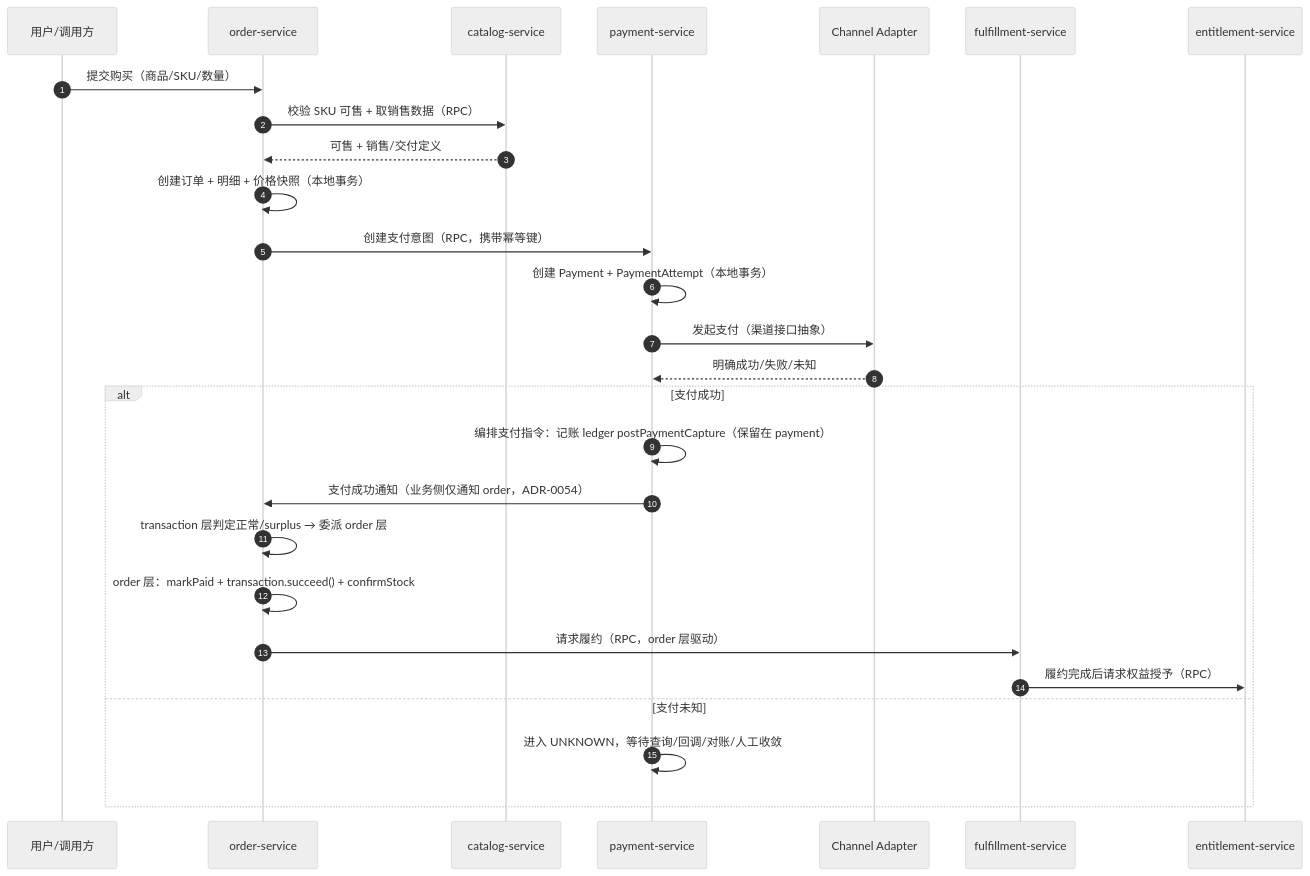
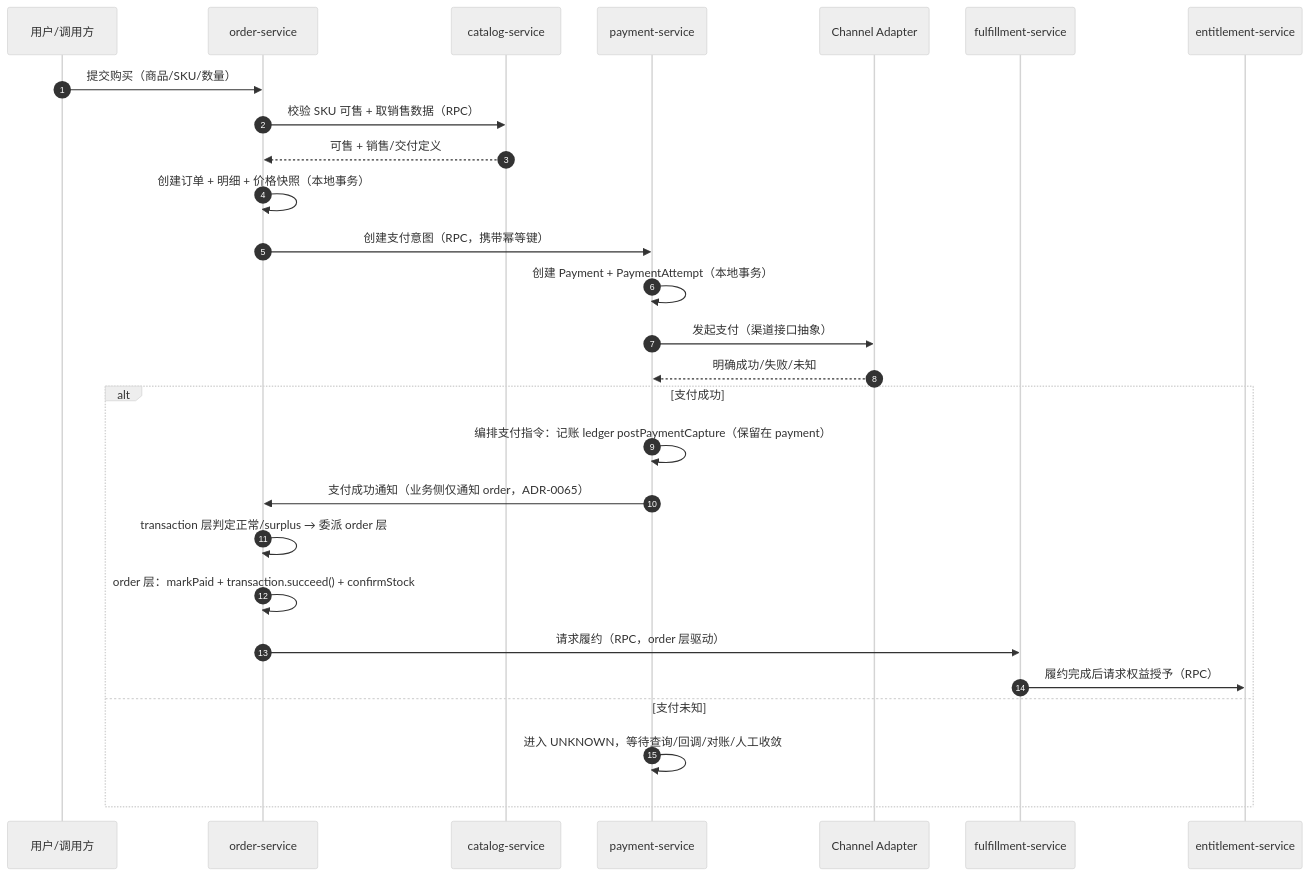
The first of 3 diagrams in docs/architecture/technical-solution.md (ckcky/Payment), drawn with Mermaid (neutral theme) before and after one commit. The commit also changed other lines of this file and 26 other files, not shown here.

First line of the commit message:
feat(observability): Grafana 增加服务间 RPC（Feign）面板 + 服务图例中文化

````diff
--- a/docs/architecture/technical-solution.md
+++ b/docs/architecture/technical-solution.md
@@ -232,30 +232,30 @@
 ```mermaid
 sequenceDiagram
     autonumber
     participant U as 用户/调用方
     participant O as order-service
     participant Cat as catalog-service
     participant P as payment-service
     participant Ch as Channel Adapter
     participant F as fulfillment-service
     participant E as entitlement-service
 
     U->>O: 提交购买（商品/SKU/数量）
     O->>Cat: 校验 SKU 可售 + 取销售数据（RPC）
     Cat-->>O: 可售 + 销售/交付定义
     O->>O: 创建订单 + 明细 + 价格快照（本地事务）
     O->>P: 创建支付意图（RPC，携带幂等键）
     P->>P: 创建 Payment + PaymentAttempt（本地事务）
     P->>Ch: 发起支付（渠道接口抽象）
     Ch-->>P: 明确成功/失败/未知
     alt 支付成功
         P->>P: 编排支付指令：记账 ledger postPaymentCapture（保留在 payment）
-        P->>O: 支付成功通知（业务侧仅通知 order，ADR-0054）
+        P->>O: 支付成功通知（业务侧仅通知 order，ADR-0065）
         O->>O: transaction 层判定正常/surplus → 委派 order 层
         O->>O: order 层：markPaid + transaction.succeed() + confirmStock
         O->>F: 请求履约（RPC，order 层驱动）
         F->>E: 履约完成后请求权益授予（RPC）
     else 支付未知
         P->>P: 进入 UNKNOWN，等待查询/回调/对账/人工收敛
     end
 ```
````
